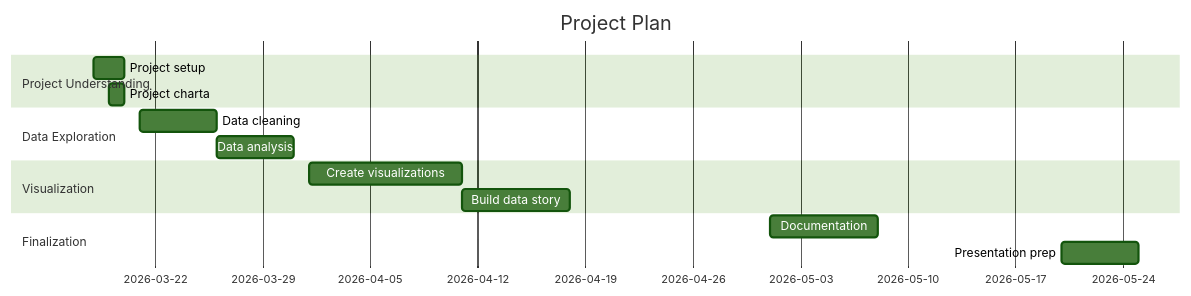
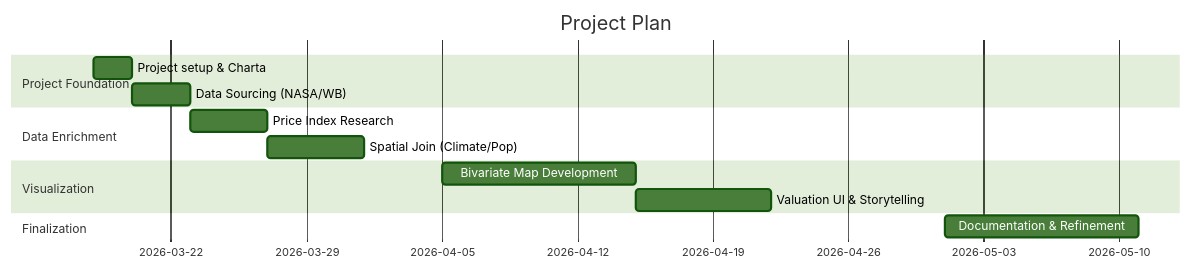
Before and after one commit to podsv-fs26-ad24/ad24-4-fancyproject: the diagram in docs/project_charta.qmd, drawn with Mermaid (forest theme). The commit also changed other lines of this file and 1 other file, not shown here.

````diff
--- a/docs/project_charta.qmd
+++ b/docs/project_charta.qmd
@@ -168,23 +146,22 @@
 ```{mermaid}
 %%| label: fig-project-plan
 %%| fig-cap: Preliminary project plan in the form of a Gantt chart.
 gantt
     title Project Plan
     dateFormat YYYY-MM-DD
     
-    section Project Understanding
-        Project setup            :a1, 2026-03-18, 2d
-        Project charta           :a2, 2026-03-19, 1d
+    section Project Foundation
+        Project setup & Charta      :a1, 2026-03-18, 2d
+        Data Sourcing (NASA/WB)      :a2, 2026-03-20, 3d
 
-    section Data Exploration
-        Data cleaning            :a3, 2026-03-21, 5d
-        Data analysis            :a4, 2026-03-26, 5d
+    section Data Enrichment
+        Price Index Research         :a3, 2026-03-23, 4d
+        Spatial Join (Climate/Pop)   :a4, 2026-03-27, 5d
 
     section Visualization
-        Create visualizations    :a5, 2026-04-01, 10d
-        Build data story         :a6, 2026-04-11, 7d
+        Bivariate Map Development    :a5, 2026-04-05, 10d
+        Valuation UI & Storytelling  :a6, 2026-04-15, 7d
 
     section Finalization
-        Documentation            :a7, 2026-05-01, 7d
-        Presentation prep        :a8, 2026-05-20, 5d
+        Documentation & Refinement   :a7, 2026-05-01, 10d
 ```
````
